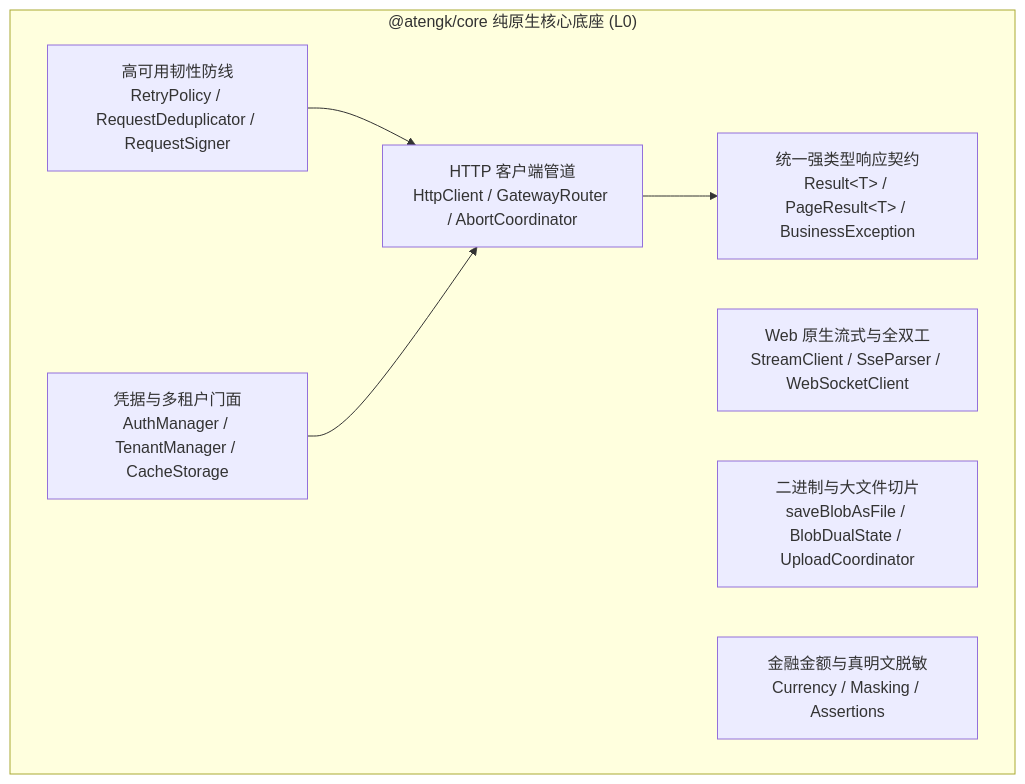
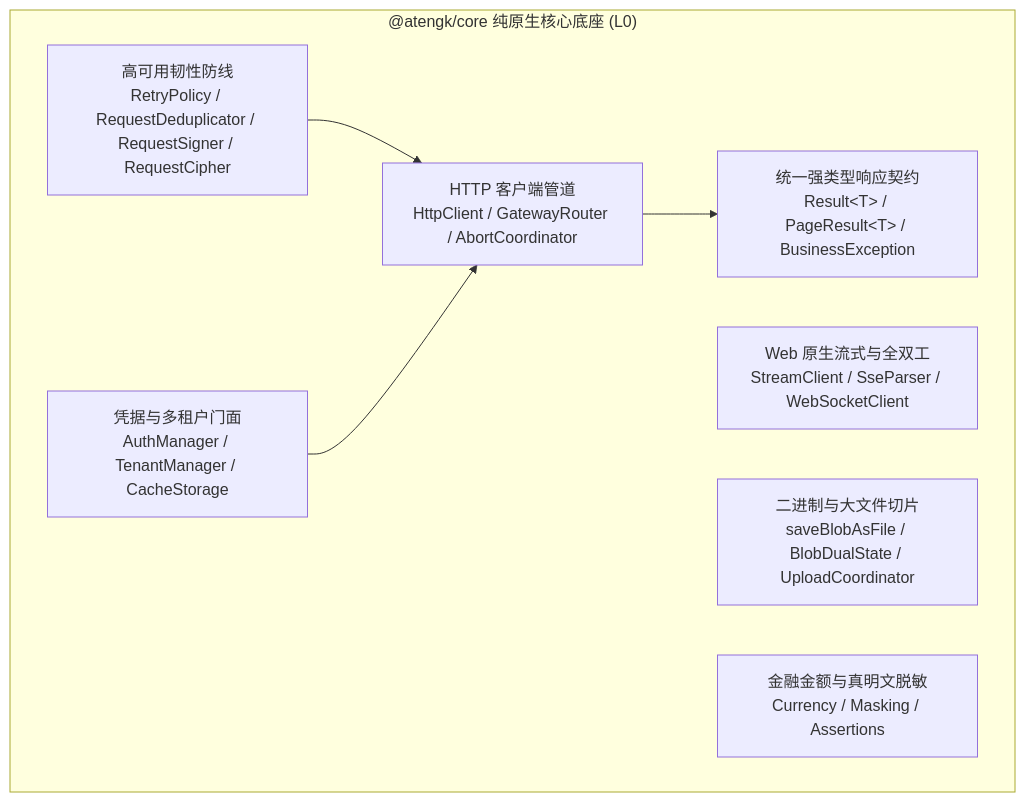
Before and after one commit to atengk/ateng-ui: the diagram in packages/core/README.md, drawn with Mermaid. The commit also changed other lines of this file and 22 other files, not shown here.

First line of the commit message:
feat(core): 升级 DefaultRequestSigner 对齐标准 HMAC-SHA256 规范签协议并新增 RequestCipher 混合加解密

````diff
--- a/packages/core/README.md
+++ b/packages/core/README.md
@@ -70,16 +72,16 @@
 ```mermaid
 flowchart TD
     subgraph L0["@atengk/core 纯原生核心底座 (L0)"]
         CONTRACTS["统一强类型响应契约<br/>Result&lt;T&gt; / PageResult&lt;T&gt; / BusinessException"]
         HTTP["HTTP 客户端管道<br/>HttpClient / GatewayRouter / AbortCoordinator"]
-        RESILIENCE["高可用韧性防线<br/>RetryPolicy / RequestDeduplicator / RequestSigner"]
+        RESILIENCE["高可用韧性防线<br/>RetryPolicy / RequestDeduplicator / RequestSigner / RequestCipher"]
         AUTH["凭据与多租户门面<br/>AuthManager / TenantManager / CacheStorage"]
         STREAM["Web 原生流式与全双工<br/>StreamClient / SseParser / WebSocketClient"]
         FILE["二进制与大文件切片<br/>saveBlobAsFile / BlobDualState / UploadCoordinator"]
         SECURITY["金融金额与真明文脱敏<br/>Currency / Masking / Assertions"]
     end
 
     HTTP --> CONTRACTS
     RESILIENCE --> HTTP
     AUTH --> HTTP
 ```
````
